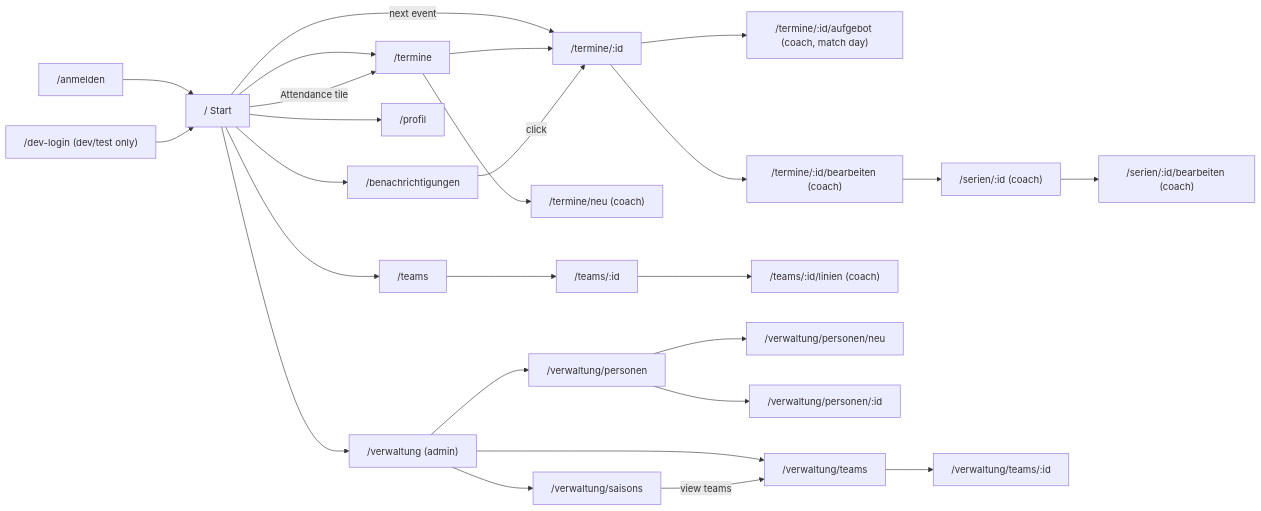
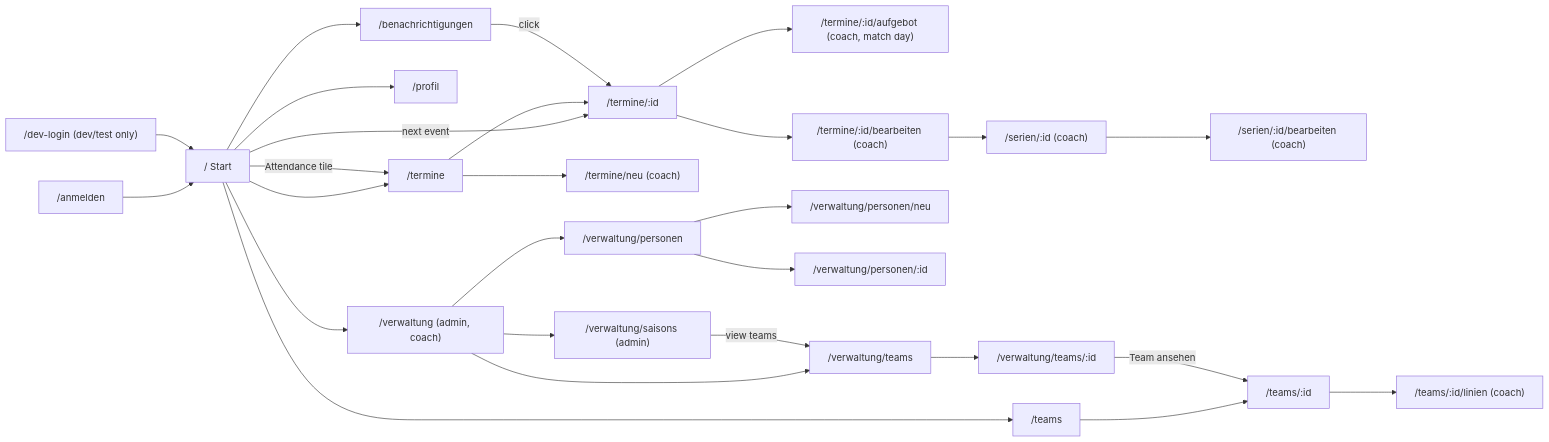
One commit to cyrilleulmi/StvBeroPlatform changed the diagram in docs/ui/navigation.md. Above: the diagram before and after it, drawn with Mermaid. The commit also changed other lines of this file and 67 other files, not shown here.

````diff
--- a/docs/ui/navigation.md
+++ b/docs/ui/navigation.md
@@ -16,28 +16,29 @@
 ```mermaid
 flowchart LR
     Login["/anmelden"] --> Start["/ Start"]
     DevLogin["/dev-login (dev/test only)"] --> Start
     Start --> Events["/termine"]
     Start -->|Attendance tile| Events
     Start -->|next event| Detail
     Events --> Detail["/termine/:id"]
     Detail --> CallUp["/termine/:id/aufgebot (coach, match day)"]
     Detail --> EditEvent["/termine/:id/bearbeiten (coach)"]
     Events --> NewEvent["/termine/neu (coach)"]
     EditEvent --> Series["/serien/:id (coach)"]
     Series --> EditSeries["/serien/:id/bearbeiten (coach)"]
     Start --> Teams["/teams"]
     Teams --> Team["/teams/:id"]
     Team --> Lines["/teams/:id/linien (coach)"]
     Start --> Profile["/profil"]
     Start --> Notifications["/benachrichtigungen"]
     Notifications -->|click| Detail
-    Start --> Admin["/verwaltung (admin)"]
+    Start --> Admin["/verwaltung (admin, coach)"]
     Admin --> People["/verwaltung/personen"]
     People --> NewPerson["/verwaltung/personen/neu"]
     People --> PersonDetail["/verwaltung/personen/:id"]
     Admin --> ATeams["/verwaltung/teams"]
     ATeams --> ATeam["/verwaltung/teams/:id"]
-    Admin --> Seasons["/verwaltung/saisons"]
+    ATeam -->|Team ansehen| Team
+    Admin --> Seasons["/verwaltung/saisons (admin)"]
     Seasons -->|view teams| ATeams
 ```
````
